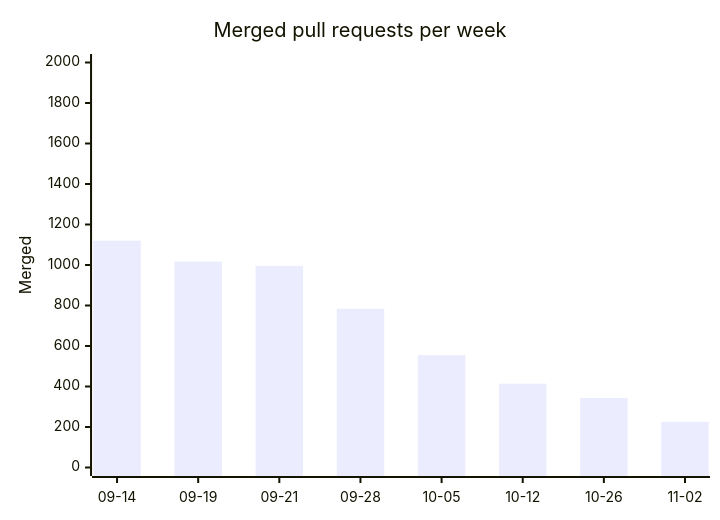
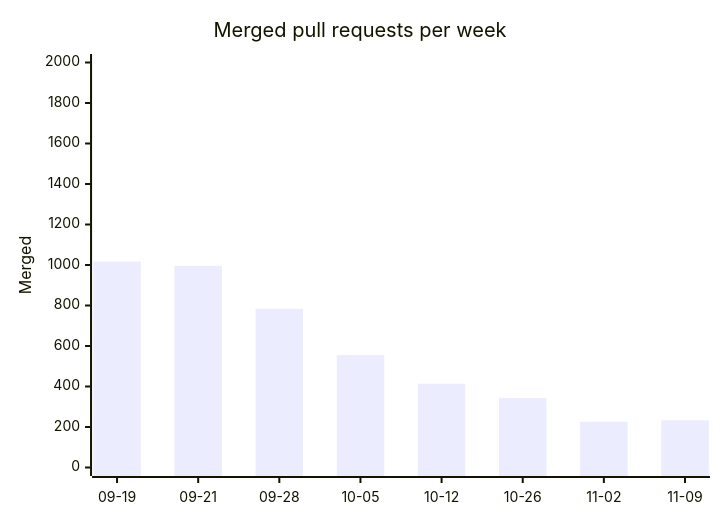
The first of 3 diagrams in project-pulse.md (sipyourdrink-ltd/bernstein), drawn with Mermaid before and after one commit. The commit also changed other lines of this file and 4 other files, not shown here.

````diff
--- a/project-pulse.md
+++ b/project-pulse.md
@@ -18,7 +18,7 @@
 ```mermaid
 xychart-beta
     title "Merged pull requests per week"
-    x-axis ["09-14", "09-19", "09-21", "09-28", "10-05", "10-12", "10-26", "11-02"]
+    x-axis ["09-19", "09-21", "09-28", "10-05", "10-12", "10-26", "11-02", "11-09"]
     y-axis "Merged" 0 --> 2000
-    bar [1120, 1017, 996, 784, 555, 414, 343, 226]
+    bar [1017, 996, 784, 555, 414, 343, 226, 233]
 ```
````
